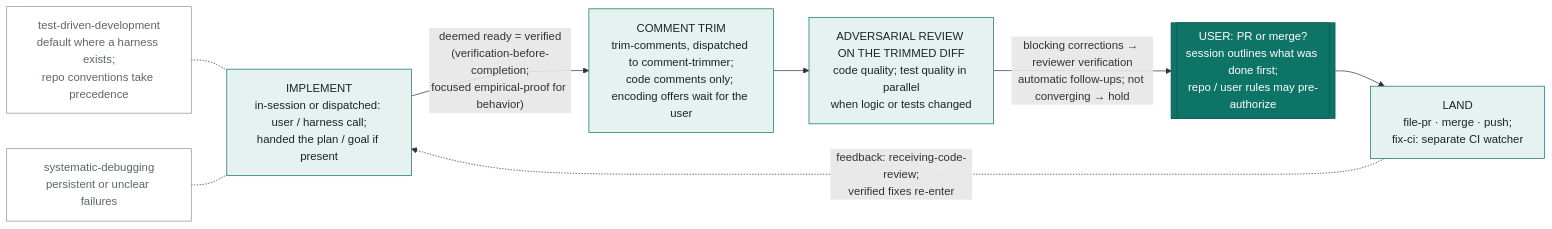
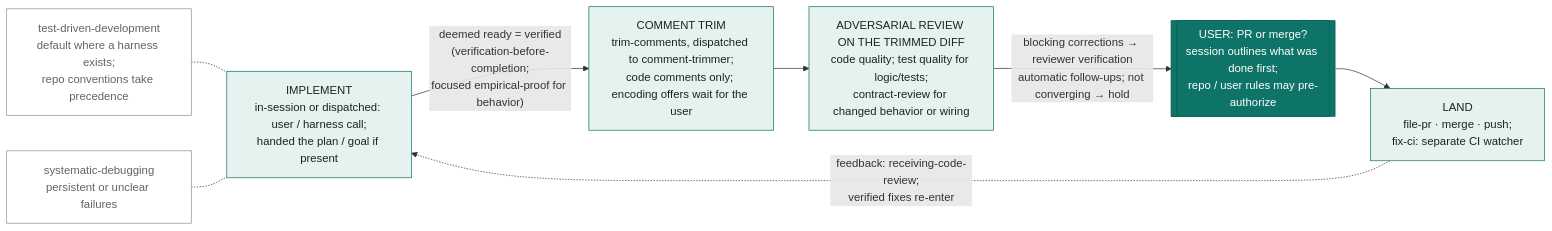
Before and after one commit to giostriquer/workshop: the second of 2 diagrams in docs/workbench-flow.md, drawn with Mermaid. The commit also changed 41 other files, not shown here.

First line of the commit message:
feat(workbench): review agreed behavior and consumer contracts

````diff
--- a/docs/workbench-flow.md
+++ b/docs/workbench-flow.md
@@ -47,21 +47,21 @@
 ```mermaid
 flowchart LR
     classDef gate fill:#0e7468,stroke:#0a5c52,color:#ffffff
     classDef stage fill:#e6f2f0,stroke:#0e7468,color:#1d2321
     classDef sat fill:none,stroke:#8a948f,color:#5d6763
 
     TDD["test-driven-development<br/>default where a harness exists;<br/>repo conventions take precedence"]:::sat -.- I
     SD["systematic-debugging<br/>persistent or unclear failures"]:::sat -.- I
 
     I["IMPLEMENT<br/>in-session or dispatched: user / harness call;<br/>handed the plan / goal if present"]:::stage
     TR["COMMENT TRIM<br/>trim-comments, dispatched to comment-trimmer;<br/>code comments only; encoding offers wait for the user"]:::stage
-    AR["ADVERSARIAL REVIEW ON THE TRIMMED DIFF<br/>code quality; test quality in parallel<br/>when logic or tests changed"]:::stage
+    AR["ADVERSARIAL REVIEW ON THE TRIMMED DIFF<br/>code quality; test quality for logic/tests;<br/>contract-review for changed behavior or wiring"]:::stage
     OG[["USER: PR or merge?<br/>session outlines what was done first;<br/>repo / user rules may pre-authorize"]]:::gate
     L["LAND<br/>file-pr · merge · push;<br/>fix-ci: separate CI watcher"]:::stage
 
     I -->|"deemed ready = verified<br/>(verification-before-completion;<br/>focused empirical-proof for behavior)"| TR
     TR --> AR
     AR -->|"blocking corrections → reviewer verification<br/>automatic follow-ups; not converging → hold"| OG
     OG --> L
     L -.->|"feedback: receiving-code-review;<br/>verified fixes re-enter"| I
 ```
````
